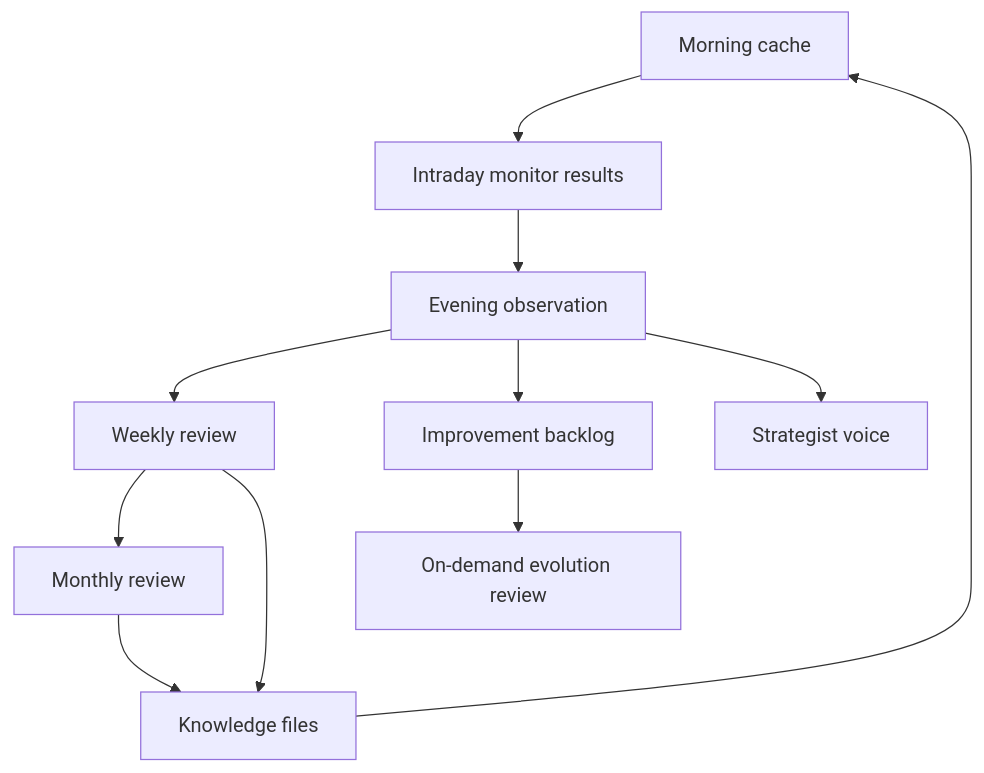
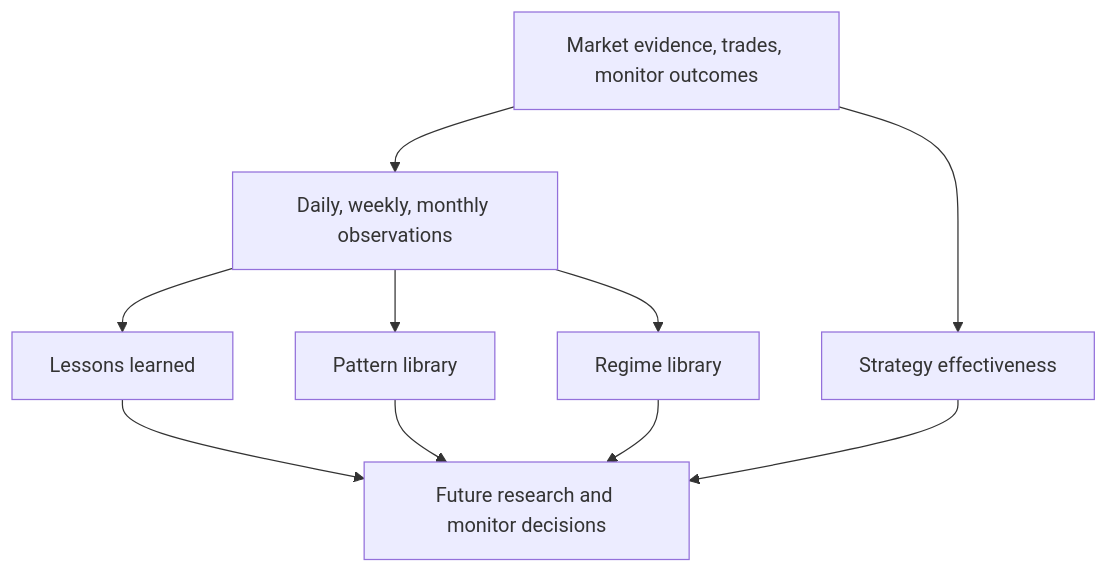
The diagram in docs/KNOWLEDGE_ARCHITECTURE.md (Aashay-chaudhari/trader), drawn with Mermaid before and after one commit. The commit also changed other lines of this file and 22 other files, not shown here.

Commit message:
Document Codex-only monitoring architecture

````diff
--- a/docs/KNOWLEDGE_ARCHITECTURE.md
+++ b/docs/KNOWLEDGE_ARCHITECTURE.md
@@ -7,13 +5,20 @@
 ```mermaid
 flowchart TB
-    A[Morning cache] --> B[Intraday monitor results]
-    B --> C[Evening observation]
-    C --> D[Weekly review]
-    D --> E[Monthly review]
-    C --> F[Improvement backlog]
-    C --> G[Strategist voice]
-    F --> H[On-demand evolution review]
-    D --> I[Knowledge files]
-    E --> I
-    I --> A
+    Evidence[Market evidence, trades, monitor outcomes]
+    Observations[Daily, weekly, monthly observations]
+    Lessons[Lessons learned]
+    Patterns[Pattern library]
+    Regimes[Regime library]
+    Effectiveness[Strategy effectiveness]
+    Decisions[Future research and monitor decisions]
+
+    Evidence --> Observations
+    Observations --> Lessons
+    Observations --> Patterns
+    Observations --> Regimes
+    Evidence --> Effectiveness
+    Lessons --> Decisions
+    Patterns --> Decisions
+    Regimes --> Decisions
+    Effectiveness --> Decisions
 ```
````
